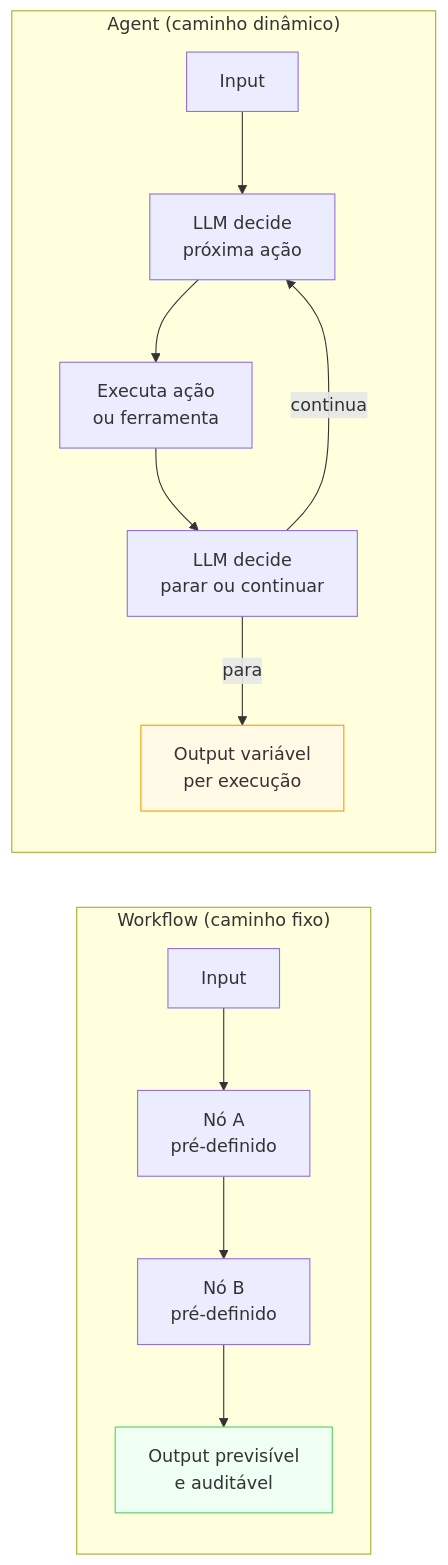
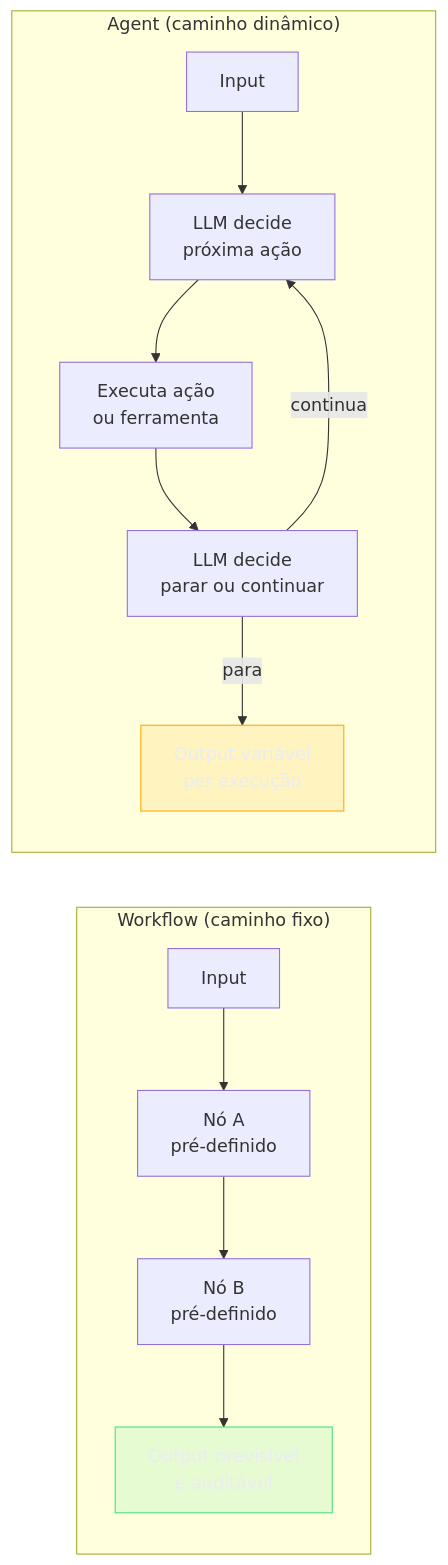
Before and after one commit to josenaldo/codex-technomanticus: the first of 2 diagrams in 03-Dominios/Tecnologia/IA/AI Engineering Stack/08 - Workflow vs Agent Layer.md, drawn with Mermaid. The commit also changed other lines of this file and 1181 other files, not shown here.

First line of the commit message:
fix(diagramas): paleta do sistema no lugar de cor cravada no markdown

````diff
--- a/03-Dominios/Tecnologia/IA/AI Engineering Stack/08 - Workflow vs Agent Layer.md
+++ b/03-Dominios/Tecnologia/IA/AI Engineering Stack/08 - Workflow vs Agent Layer.md
@@ -37,25 +37,27 @@
 ```mermaid
 flowchart LR
+    classDef ok fill:#4ADE8021,stroke:#4ADE80,color:#E9ECF2
+    classDef destaque fill:#FFAA0024,stroke:#FFAA00,color:#E9ECF2
     subgraph "Workflow (caminho fixo)"
         A1["Input"]
         A2["Nó A\npré-definido"]
         A3["Nó B\npré-definido"]
         A4["Output previsível\ne auditável"]
     end
 
     subgraph "Agent (caminho dinâmico)"
         B1["Input"]
         B2["LLM decide\npróxima ação"]
         B3["Executa ação\nou ferramenta"]
         B4["LLM decide\nparar ou continuar"]
         B5["Output variável\nper execução"]
     end
 
     A1 --> A2 --> A3 --> A4
     B1 --> B2 --> B3 --> B4
     B4 -->|"continua"| B2
     B4 -->|"para"| B5
 
-    style A4 fill:#f0fff4,stroke:#51cf66
-    style B5 fill:#fff9e6,stroke:#f59f00
+    class A4 ok
+    class B5 destaque
 ```
````
